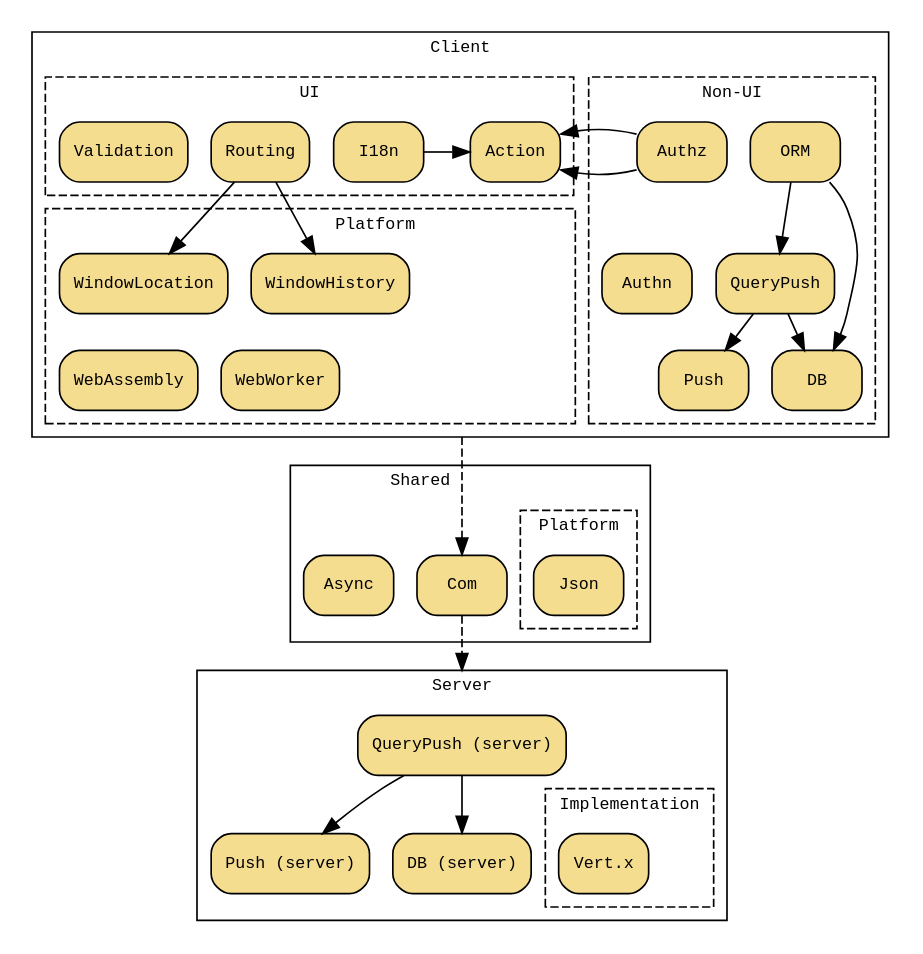
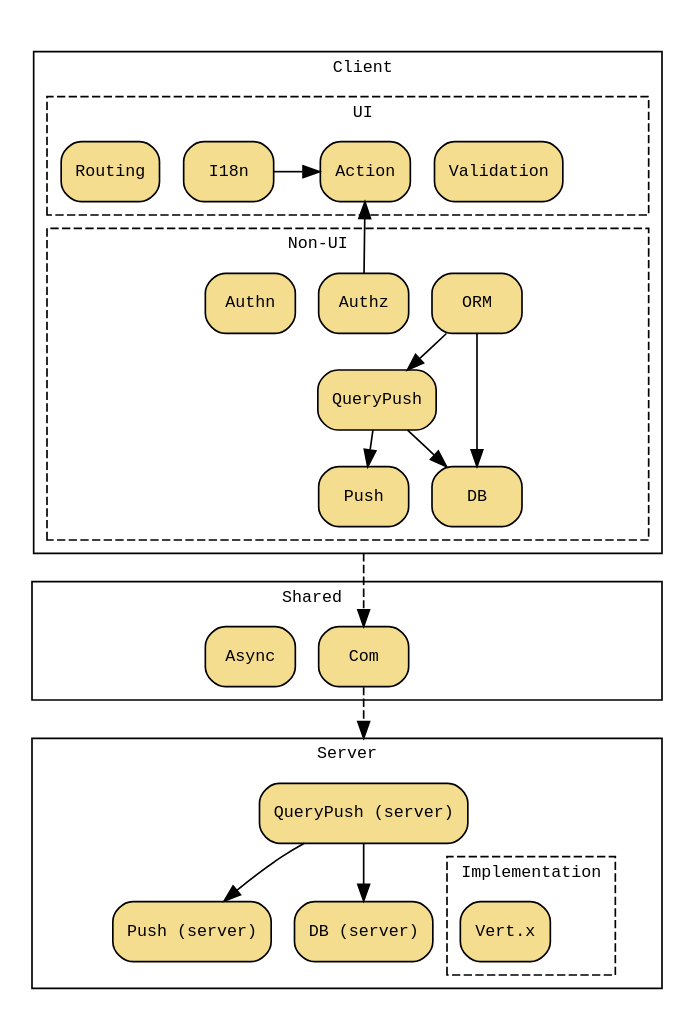
The diagram in src/main/asciidoc/webfx-stack/webfx-stack.adoc (webfx-project/webfx-docs), drawn with Graphviz before and after one commit.

Commit message:
Removed platform modules from WebFX Stack diagram (moved to WebFX Platform)

```diff
--- a/src/main/asciidoc/webfx-stack/webfx-stack.adoc
+++ b/src/main/asciidoc/webfx-stack/webfx-stack.adoc
@@ -7,25 +7,44 @@
     node [shape="rectangle", style="rounded,filled", fillcolor="#f5dd90", fontname=monospace, fontsize=10]
 
     subgraph cluster_C {
-        label = "Client"
+        label = "    Client"
+
+        subgraph cluster_UI {
+            label = "    UI"
+            style = "dashed"
+
+            Routing
+            I18n
+            Action
+            Validation
+            U1 [width=0.1,style=invis]
+
+            {rank=same Routing I18n Action Validation U1}
+            I18n -> Action [minlen=2]
+            Routing -> I18n -> Validation [style=invis]
+            Action -> Validation -> U1 [style=invis]
+        }
 
         subgraph cluster_NonUI {
-            label = "Non-UI"
+            label = "Non-UI      "
             style = "dashed"
 
+            N1 [width=0.1,style=invis]
+            N2 [width=0.1,style=invis]
             Authn
             Authz
+            ORM
+            N3 [width=0.73,style=invis]
             DB
-            ORM
             Push
             QueryPush
 
-            {rank=same Authz ORM}
-            {rank=same QueryPush Authn}
+            {rank=same N1 ORM N2 Authz Authn N3}
+            {rank=same QueryPush}
             {rank=same Push DB}
             Push -> DB [style=invis]
 
-            Authz -> ORM [style=invis]
+            N1 -> N2 -> Authn -> Authz -> ORM -> N3 [style=invis]
             Authn -> QueryPush [style=invis]
 
             ORM -> DB
@@ -34,62 +53,28 @@
             QueryPush -> DB
         }
 
-        subgraph cluster_UI {
-            label = "UI"
-            style = "dashed"
-
-            Validation
-            Routing
-            I18n
-            Action
-
-            {rank=same Validation Routing I18n Action}
-            I18n -> Action [minlen=2]
-            Validation -> Routing -> I18n [style=invis]
-        }
-
-        subgraph cluster_P {
-            style = "dashed"
-            label = "              Platform"
-
-            WindowHistory
-            WindowLocation
-            PBR [label="PBRRRRRRRRRRRRRRR",style=invis]
-            WebAssembly
-            WebWorker
-
-            {rank=same WindowHistory WindowLocation}
-            {rank=same PBR WebAssembly WebWorker}
-            WebAssembly -> WebWorker -> PBR [style=invis]
-            WindowHistory -> WebAssembly [style=invis]
-        }
-
     }
 
     subgraph cluster_SHR {
-        label = "Shared          "
+        label = "Shared       "
 
+        R1 [width=1.12,style=invis]
         Async
         Com
+        R2 [width=1.8,style=invis]
 
-        subgraph cluster_SHRP {
-            label = "Platform"
-            style = "dashed"
-
-            Json
-        }
-
-        {rank=same Async Com}
-        Async -> Com [style=invis]
-        Com -> Json [style=invis, constraint=false]
+        {rank=same R1 Async Com R2}
+        R1 -> Async -> Com -> R2 [style=invis]
     }
 
     subgraph cluster_S {
         label = "Server"
 
+        S1 [width=1.58,style=invis]
+        QueryPushS [label="QueryPush (server)"]
+        S2 [width=1.3,style=invis]
+        PushS [label="Push (server)"]
         DBS [label="DB (server)"]
-        PushS [label="Push (server)"]
-        QueryPushS [label="QueryPush (server)"]
 
         subgraph cluster_I {
             label = "Implementation"
@@ -98,7 +83,9 @@
             Vertx [label="Vert.x"]
         }
 
+        {rank=same S1, QueryPushS, S2}
         {rank=same DBS PushS}
+        S1 -> QueryPushS -> S2 [style=invis]
         PushS -> DBS [style=invis]
 
         QueryPushS -> PushS
@@ -106,12 +93,9 @@
         QueryPushS -> Vertx [style=invis,len=2]
     }
 
-    Routing -> WindowLocation
-    Routing -> WindowHistory
-
-    PBR -> Com [ltail=cluster_C,style=dashed,minlen=2]
+    Push -> Com [ltail=cluster_C,style=dashed,minlen=2]
     Com -> QueryPushS [lhead=cluster_S,style=dashed,minlen=2]
 
-    Authz -> Action [constraint=false] // Double edge! Why?
+    Action -> Authz [dir=back]
 }
 ----
```
